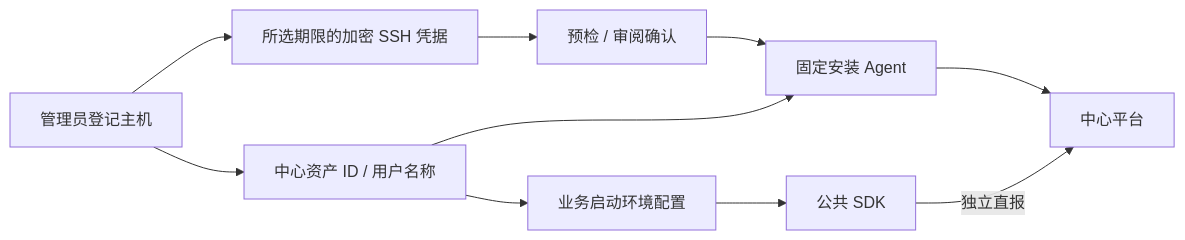
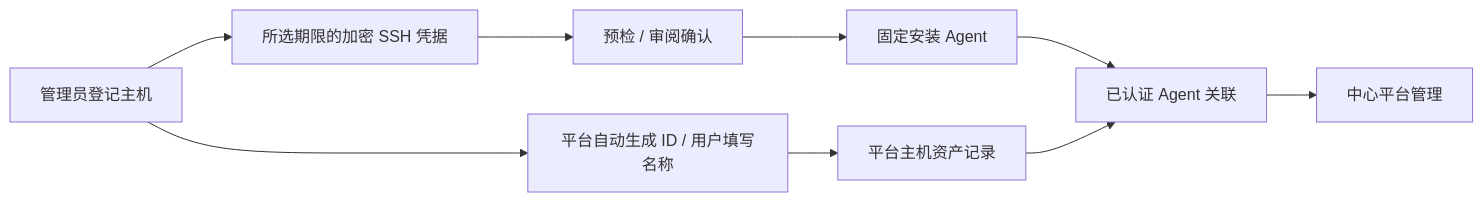
One commit to workhold/lightmoni changed the seventh of 9 diagrams in docs/system-design.md. Above: the diagram before and after it, drawn with Mermaid. The commit also changed other lines of this file and 35 other files, not shown here.

````diff
--- a/docs/system-design.md
+++ b/docs/system-design.md
@@ -573,12 +573,11 @@
 ```mermaid
 flowchart LR
-  REG[管理员登记主机] --> META[中心资产 ID / 用户名称]
+  REG[管理员登记主机] --> META[平台自动生成 ID / 用户填写名称]
   REG --> CREDS[所选期限的加密 SSH 凭据]
+  META --> RECORD[平台主机资产记录]
   CREDS --> APPROVE[预检 / 审阅确认]
   APPROVE --> AG[固定安装 Agent]
-  META --> AG
-  META --> ENV[业务启动环境配置]
-  ENV --> SDK[公共 SDK]
-  AG --> CENTER[中心平台]
-  SDK -->|独立直报| CENTER
+  AG --> LINK[已认证 Agent 关联]
+  RECORD --> LINK
+  LINK --> CENTER[中心平台管理]
 ```
````
